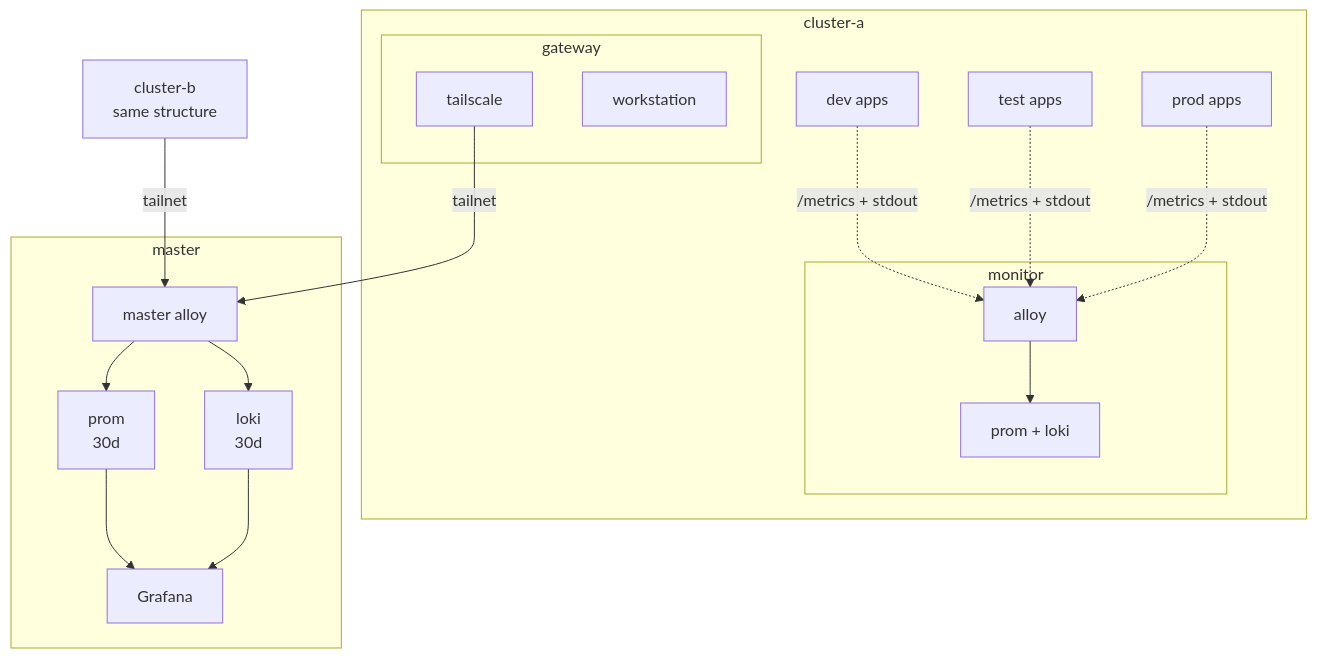
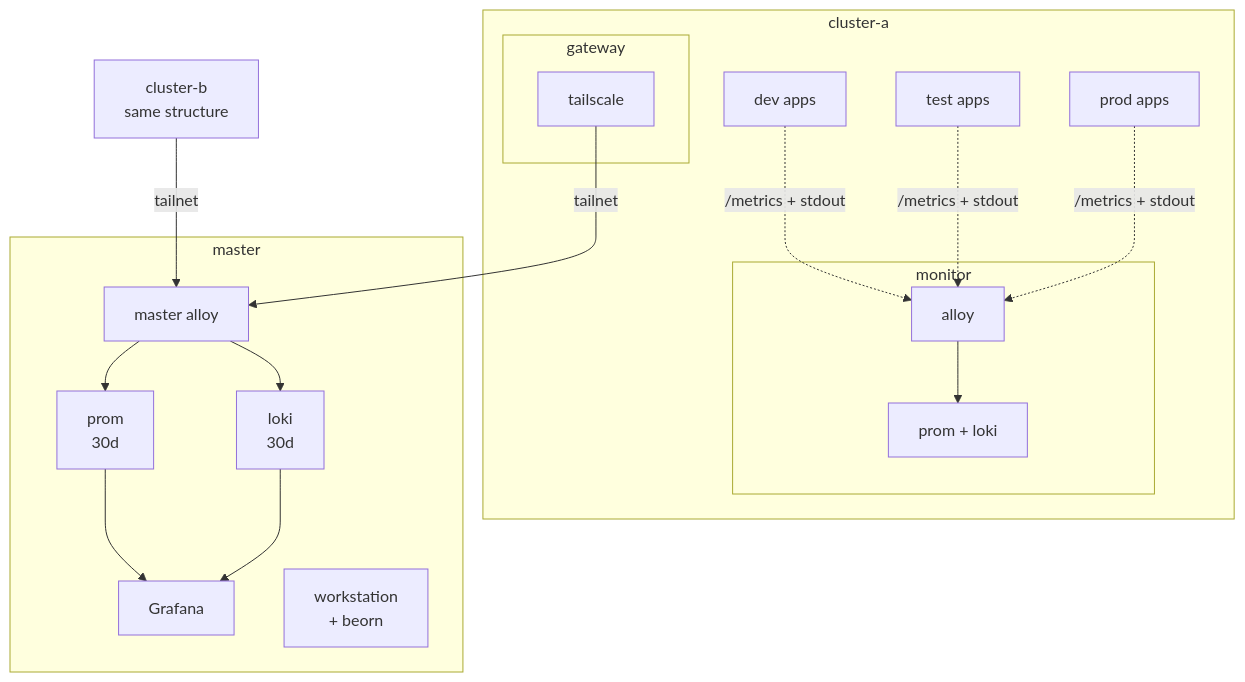
Before and after one commit to Kord96/kordinate: the first of 2 diagrams in docs/infra/infrastructure.md, drawn with Mermaid. The commit also changed other lines of this file and 25 other files, not shown here.

First line of the commit message:
Merge Beorn into workstation, move to master namespace, add /install skill

````diff
--- a/docs/infra/infrastructure.md
+++ b/docs/infra/infrastructure.md
@@ -77,28 +77,28 @@
     ```mermaid
     flowchart TB
         subgraph CA[cluster-a]
             A1[dev apps] & A2[test apps] & A3[prod apps]
 
             subgraph mon-a[monitor]
                 GA[alloy] --> PA[prom + loki]
             end
 
             subgraph gw-a[gateway]
                 GWT[tailscale]
-                WS[workstation]
             end
 
             A1 & A2 & A3 -.->|/metrics + stdout| GA
         end
 
         subgraph M[master]
             MA[master alloy] --> MP[prom<br/>30d] & ML[loki<br/>30d]
             MP & ML --> G[Grafana]
+            WS[workstation<br/>+ beorn]
         end
 
         GWT -->|tailnet| MA
 
         CB[cluster-b<br/>same structure]
 
         CB -->|tailnet| MA
     ```
````
